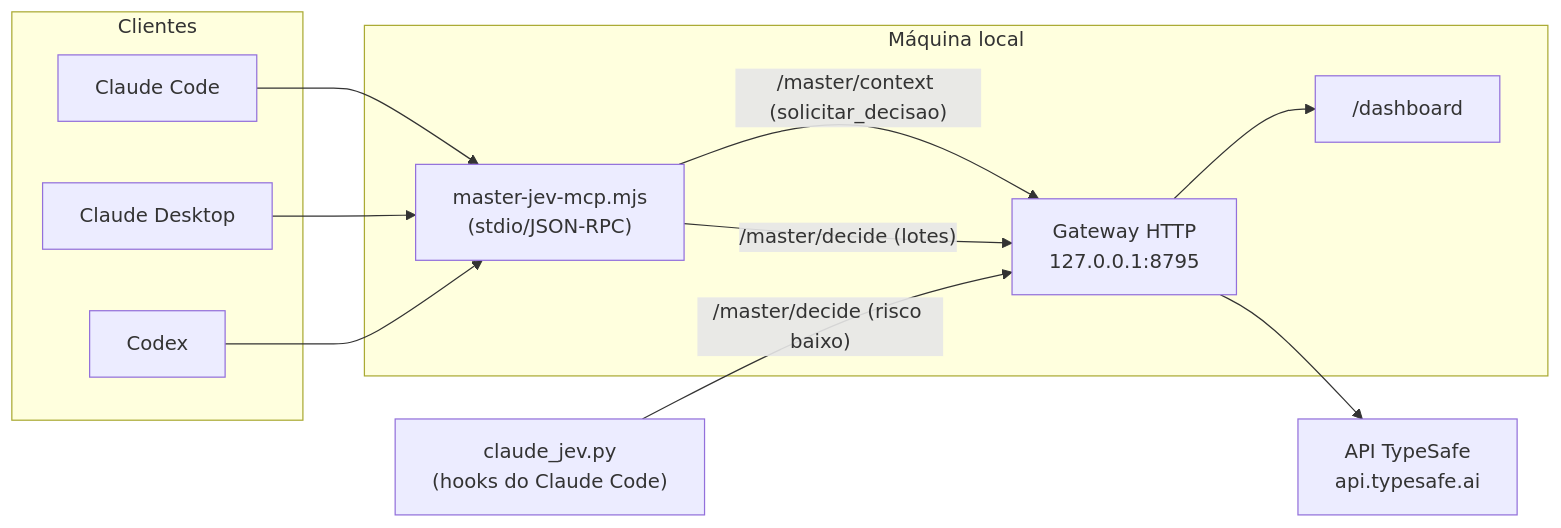
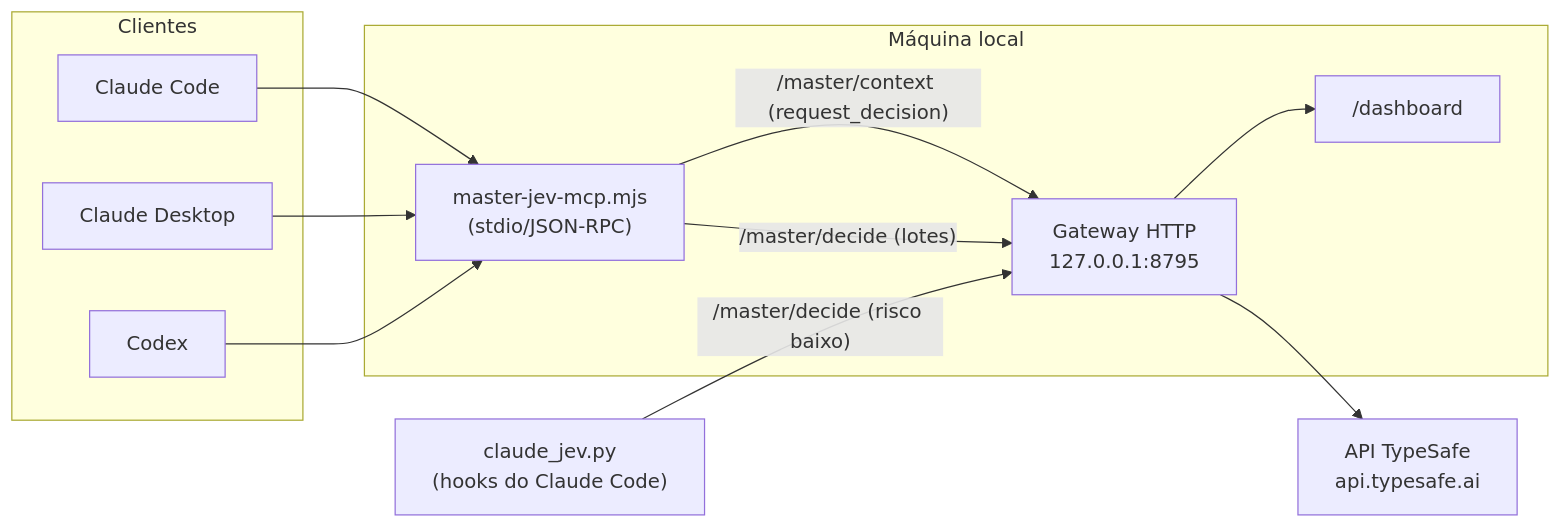
The second of 2 diagrams in README.md (sophia-phillipa/master-jev-hook), drawn with Mermaid before and after one commit. The commit also changed other lines of this file and 1 other file, not shown here.

````diff
--- a/README.md
+++ b/README.md
@@ -29,24 +472,24 @@
 ```mermaid
 flowchart LR
     subgraph Clientes
         CC[Claude Code]
         CD[Claude Desktop]
         CX[Codex]
     end
     subgraph Local["Máquina local"]
         MCP["master-jev-mcp.mjs\n(stdio/JSON-RPC)"]
         GW["Gateway HTTP\n127.0.0.1:8795"]
         DASH["/dashboard"]
     end
     API["API TypeSafe\napi.typesafe.ai"]
     HOOKS["claude_jev.py\n(hooks do Claude Code)"]
 
     CC --> MCP
     CD --> MCP
     CX --> MCP
-    MCP -->|"/master/context (solicitar_decisao)"| GW
+    MCP -->|"/master/context (request_decision)"| GW
     MCP -->|"/master/decide (lotes)"| GW
     HOOKS -->|"/master/decide (risco baixo)"| GW
     GW --> API
     GW --> DASH
 ```
````
